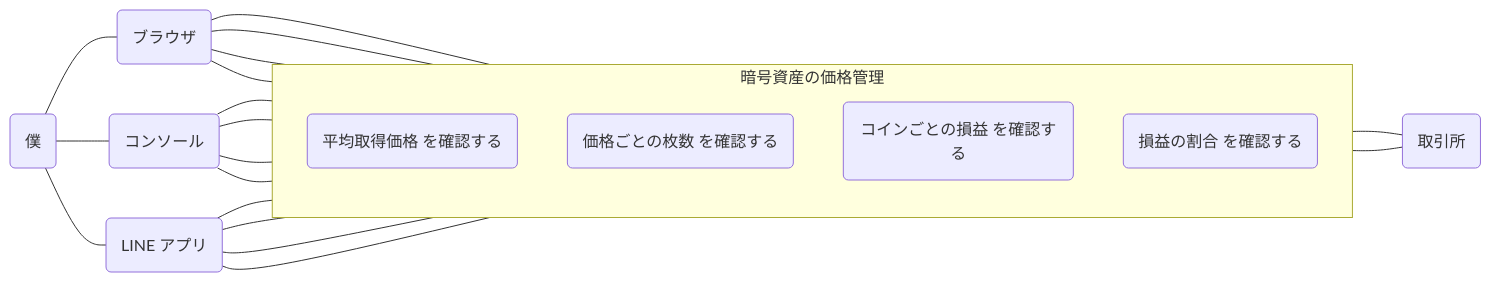
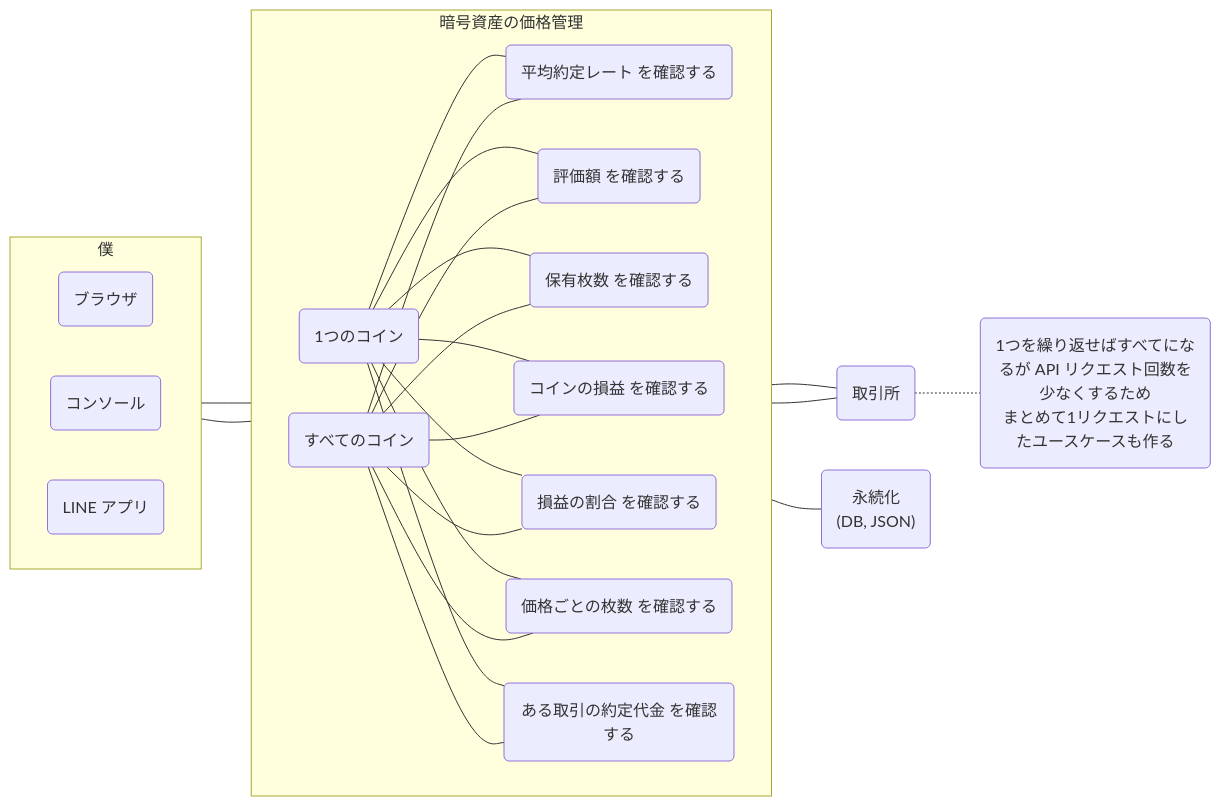
Before and after one commit to ozaki-physics/raison-me: the second of 9 diagrams in docs/capital/crypto-assets.md, drawn with Mermaid. The commit also changed other lines of this file and 2 other files, not shown here.

Commit message:
docs: 暗号資産の価格管理 のクラス図みたいなものを作ってみる #4

````diff
--- a/docs/capital/crypto-assets.md
+++ b/docs/capital/crypto-assets.md
@@ -22,20 +22,33 @@
 ```mermaid
 flowchart LR
-  user(僕)
-  browser(ブラウザ)
-  console(コンソール)
-  line(LINE アプリ)
-  exchange(取引所)
-
-  user --- line & browser & console
-  browser & console & line --- use01 & use02 & use03 & use04
-  use03 & use04 --- exchange
+  subgraph user [僕]
+    direction LR
+    browser(ブラウザ)
+    console(コンソール)
+    line(LINE アプリ)
+  end
 
   subgraph system [暗号資産の価格管理]
-    direction TB
-    use01(平均取得価格 を確認する)
-    use02(価格ごとの枚数 を確認する)
-    use03(コインごとの損益 を確認する)
-    use04(損益の割合 を確認する)
+    direction LR
+    use01(平均約定レート を確認する)
+    use02(評価額 を確認する)
+    use03(保有枚数 を確認する)
+    use04(コインの損益 を確認する)
+    use05(損益の割合 を確認する)
+    use06(価格ごとの枚数 を確認する)
+    use07(ある取引の約定代金 を確認する)
+    prefix01(1つのコイン)
+    prefix02(すべてのコイン)
+    prefix01 & prefix02 --- use01 & use02 & use03 & use04 & use05 & use06 & use07
   end
+
+  exchange(取引所)
+  db("永続化\n(DB, JSON)")
+
+  user --- prefix01 & prefix02
+  use04 & use05 --- exchange 
+  system --- db
+
+  memo01("1つを繰り返せばすべてになるが API リクエスト回数を少なくするため\nまとめて1リクエストにしたユースケースも作る")
+  exchange -.- memo01
 ```
````
